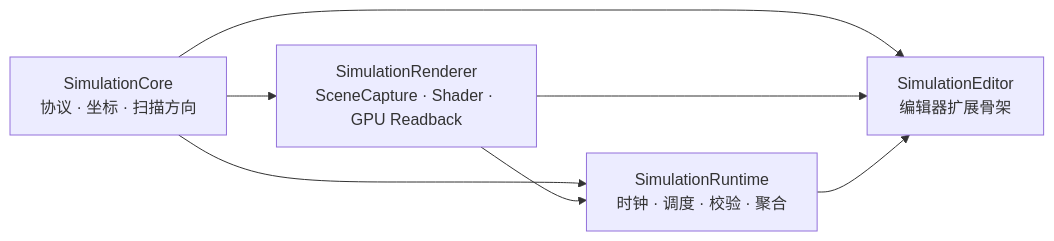
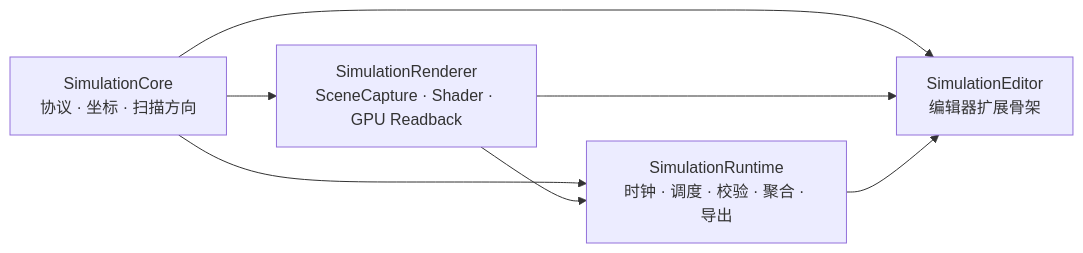
The first of 9 diagrams in Plugins/SensorSimulation/Docs/CurrentArchitecture.md (IceGodles/SensorSimulation), drawn with Mermaid before and after one commit. The commit also changed other lines of this file and 71 other files, not shown here.

````diff
--- a/Plugins/SensorSimulation/Docs/CurrentArchitecture.md
+++ b/Plugins/SensorSimulation/Docs/CurrentArchitecture.md
@@ -17,14 +41,14 @@
 ```mermaid
 flowchart LR
     Core["SimulationCore<br/>协议 · 坐标 · 扫描方向"]
     Renderer["SimulationRenderer<br/>SceneCapture · Shader · GPU Readback"]
-    Runtime["SimulationRuntime<br/>时钟 · 调度 · 校验 · 聚合"]
+    Runtime["SimulationRuntime<br/>时钟 · 调度 · 校验 · 聚合 · 导出"]
     Editor["SimulationEditor<br/>编辑器扩展骨架"]
 
     Core --> Renderer
     Core --> Runtime
     Renderer --> Runtime
     Core --> Editor
     Renderer --> Editor
     Runtime --> Editor
 ```
````
